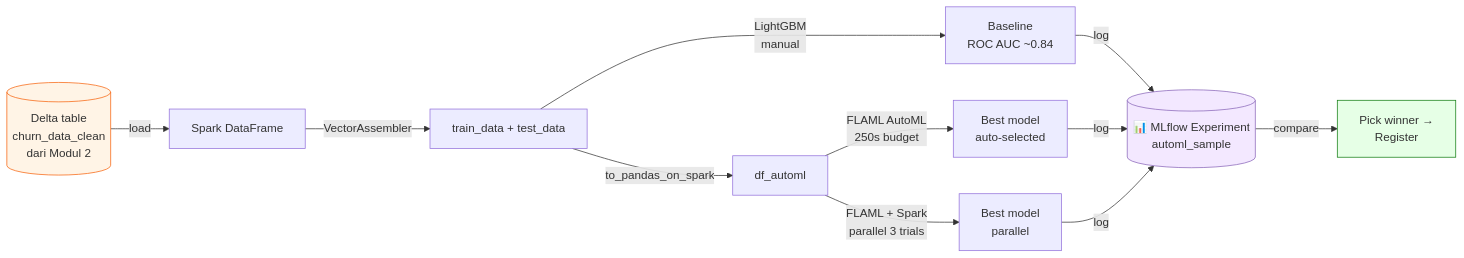
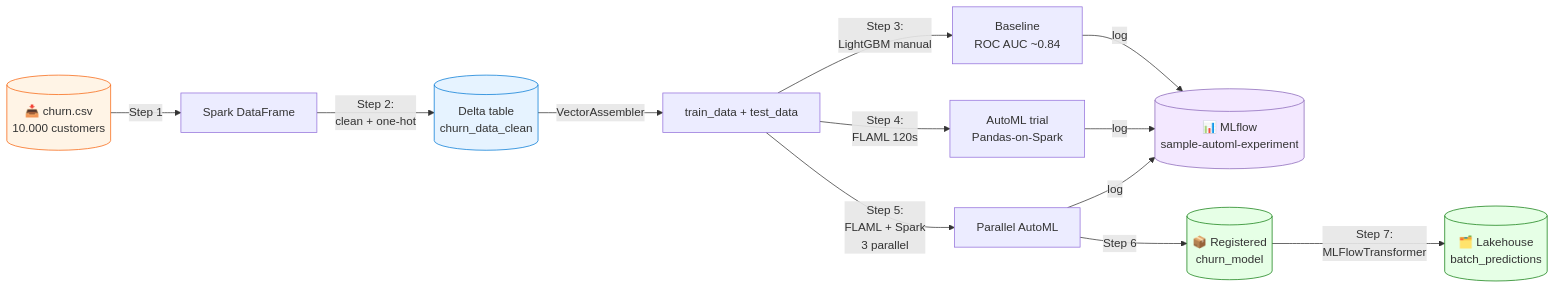
The diagram in 08-automl.md (edhotp/Belajar-Fabric-Data-Science), drawn with Mermaid before and after one commit. The commit also changed other lines of this file and 1 other file, not shown here.

Commit message:
Update modul 08-automl to align with Automated ML (AutoML)-69.ipynb notebook

````diff
--- a/08-automl.md
+++ b/08-automl.md
@@ -62,15 +71,18 @@
 ```mermaid
 flowchart LR
-    A[("Delta table<br/>churn_data_clean<br/>dari Modul 2")] -->|load| B[Spark DataFrame]
-    B -->|VectorAssembler| C[train_data + test_data]
-    C -->|LightGBM<br/>manual| D[Baseline<br/>ROC AUC ~0.84]
-    C -->|to_pandas_on_spark| E[df_automl]
-    E -->|FLAML AutoML<br/>250s budget| F[Best model<br/>auto-selected]
-    E -->|FLAML + Spark<br/>parallel 3 trials| G[Best model<br/>parallel]
-    D & F & G -->|log| H[("📊 MLflow Experiment<br/>automl_sample")]
-    H -->|compare| I[Pick winner →<br/>Register]
+    A[("📥 churn.csv<br/>10.000 customers")] -->|Step 1| B[Spark DataFrame]
+    B -->|Step 2:<br/>clean + one-hot| C[("Delta table<br/>churn_data_clean")]
+    C -->|VectorAssembler| D[train_data + test_data]
+    D -->|Step 3:<br/>LightGBM manual| E[Baseline<br/>ROC AUC ~0.84]
+    D -->|Step 4:<br/>FLAML 120s| F[AutoML trial<br/>Pandas-on-Spark]
+    D -->|Step 5:<br/>FLAML + Spark<br/>3 parallel| G[Parallel AutoML]
+    E & F & G -->|log| H[("📊 MLflow<br/>sample-automl-experiment")]
+    G -->|Step 6| I[("📦 Registered<br/>churn_model")]
+    I -->|Step 7:<br/>MLFlowTransformer| J[("🗂️ Lakehouse<br/>batch_predictions")]
 
     style A fill:#fff4e6,stroke:#f7630c
+    style C fill:#e6f3ff,stroke:#0078d4
     style H fill:#f3e8ff,stroke:#8764b8
     style I fill:#e6ffe6,stroke:#107c10
+    style J fill:#e6ffe6,stroke:#107c10
 ```
````
